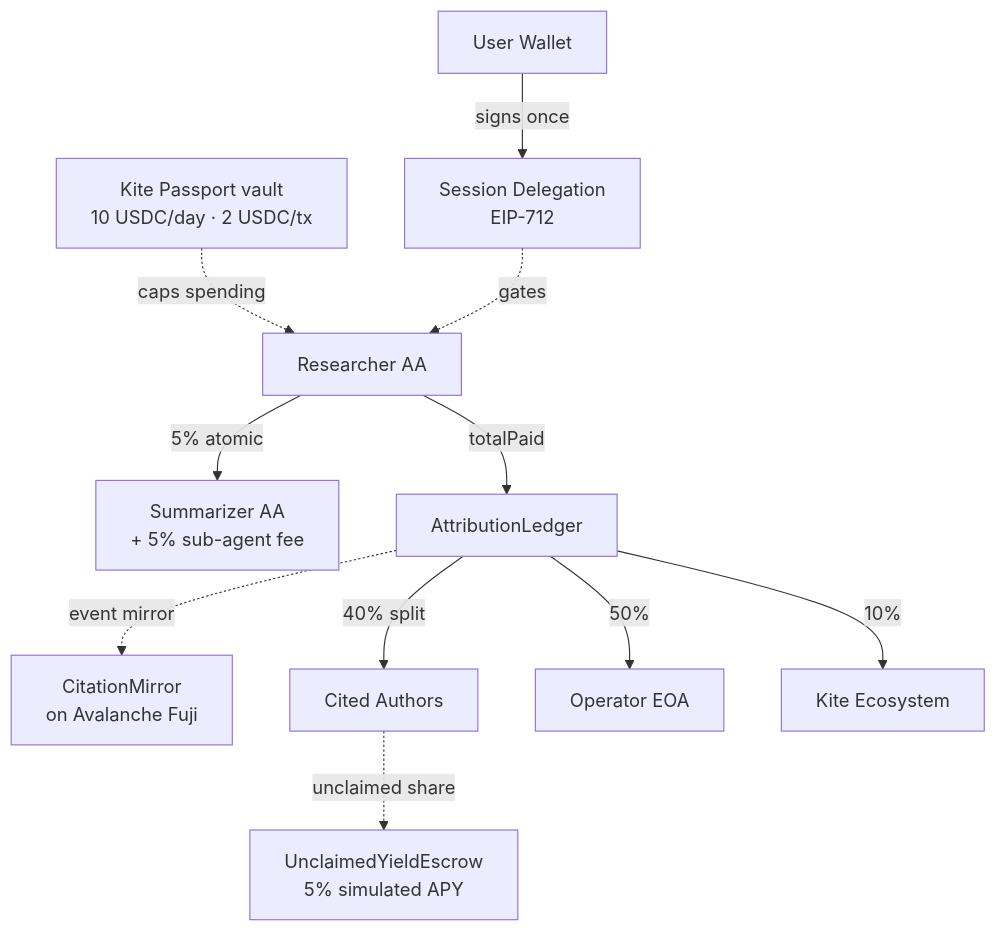
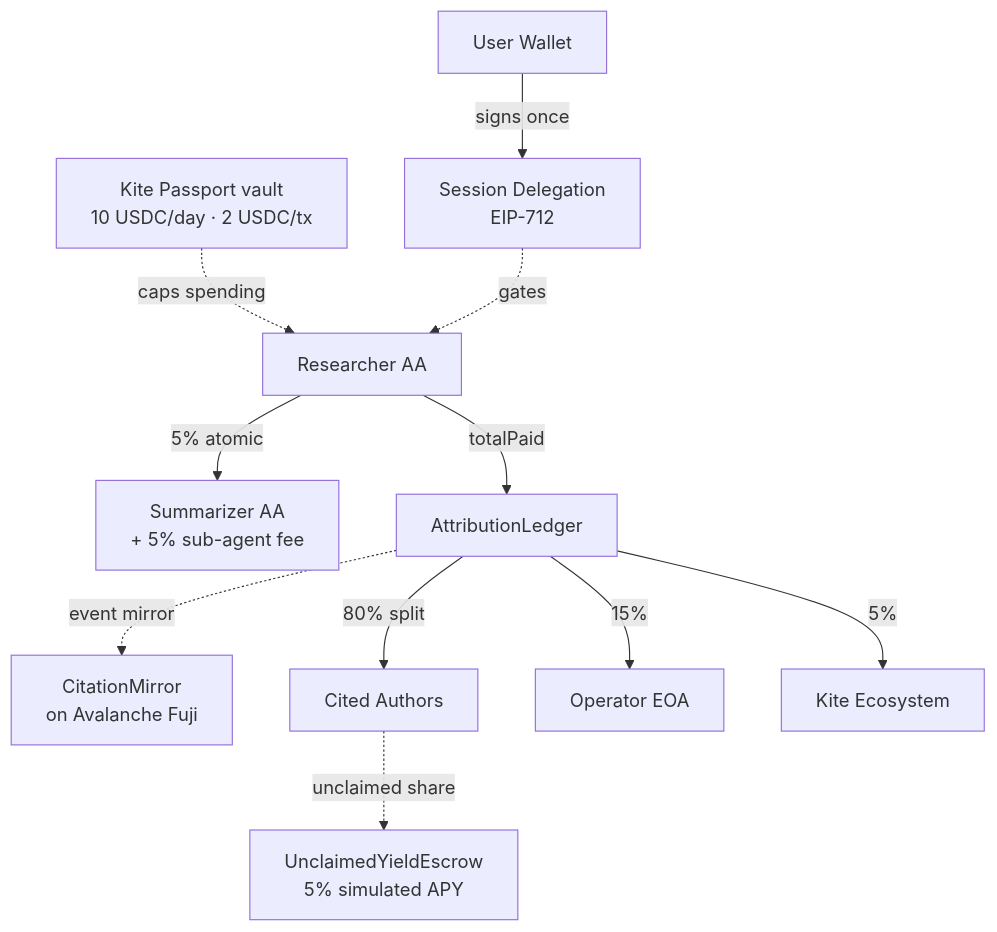
Before and after one commit to PugarHuda/kutip: the diagram in docs/architecture.md, drawn with Mermaid. The commit also changed other lines of this file and 7 other files, not shown here.

First line of the commit message:
feat: rebalance revenue split to authors-majority 80/15/5

````diff
--- a/docs/architecture.md
+++ b/docs/architecture.md
@@ -46,25 +46,25 @@
 ```mermaid
 flowchart TB
     User[User Wallet]
     Passport[Session Delegation<br/>EIP-712]
     Vault[Kite Passport vault<br/>10 USDC/day · 2 USDC/tx]
     Researcher[Researcher AA]
     Summarizer[Summarizer AA<br/>+ 5% sub-agent fee]
     Ledger[AttributionLedger]
     Escrow[UnclaimedYieldEscrow<br/>5% simulated APY]
     Mirror[CitationMirror<br/>on Avalanche Fuji]
     Authors[Cited Authors]
     Operator[Operator EOA]
     Eco[Kite Ecosystem]
 
     User -- signs once --> Passport
     Vault -. caps spending .-> Researcher
     Passport -. gates .-> Researcher
     Researcher -- 5% atomic --> Summarizer
     Researcher -- totalPaid --> Ledger
-    Ledger -- 40% split --> Authors
-    Ledger -- 50% --> Operator
-    Ledger -- 10% --> Eco
+    Ledger -- 80% split --> Authors
+    Ledger -- 15% --> Operator
+    Ledger -- 5% --> Eco
     Authors -. unclaimed share .-> Escrow
     Ledger -. event mirror .-> Mirror
 ```
````
